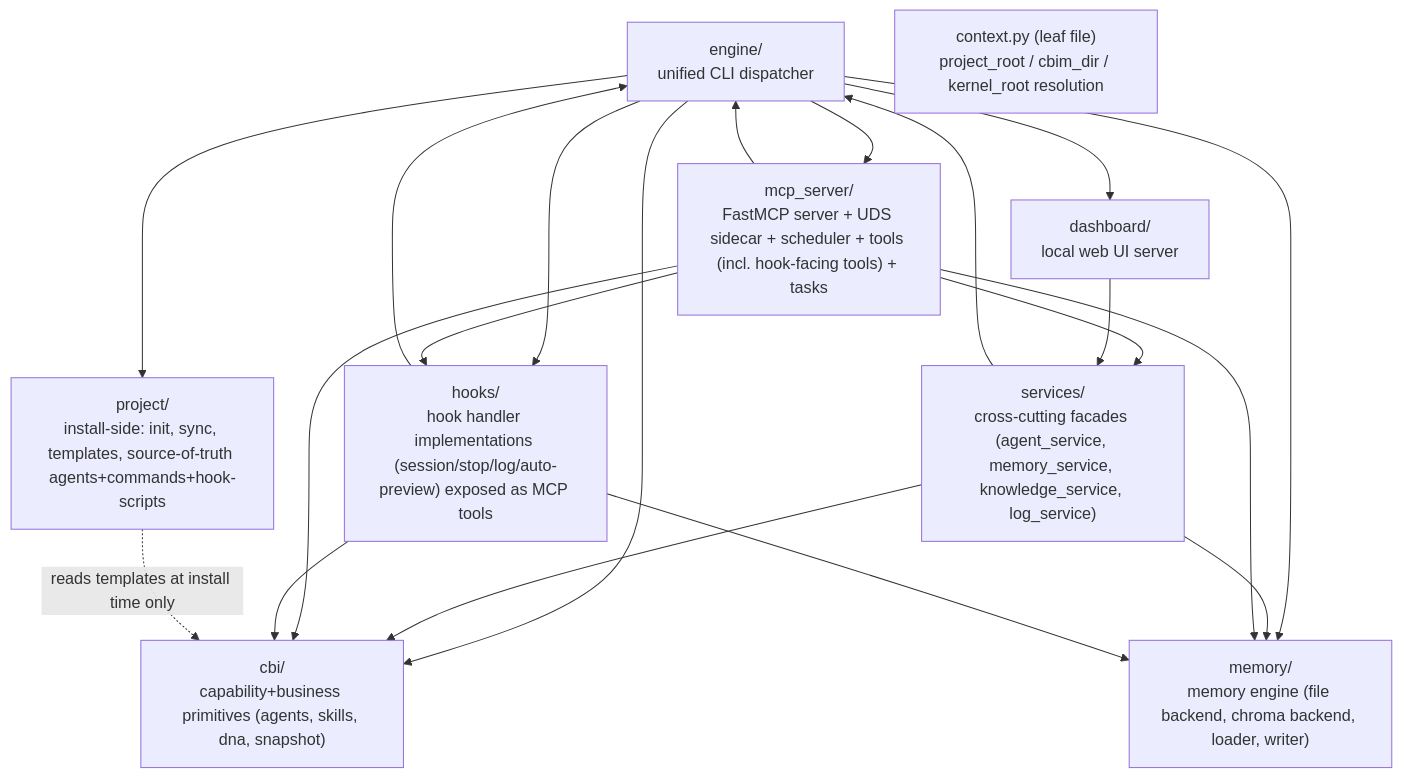
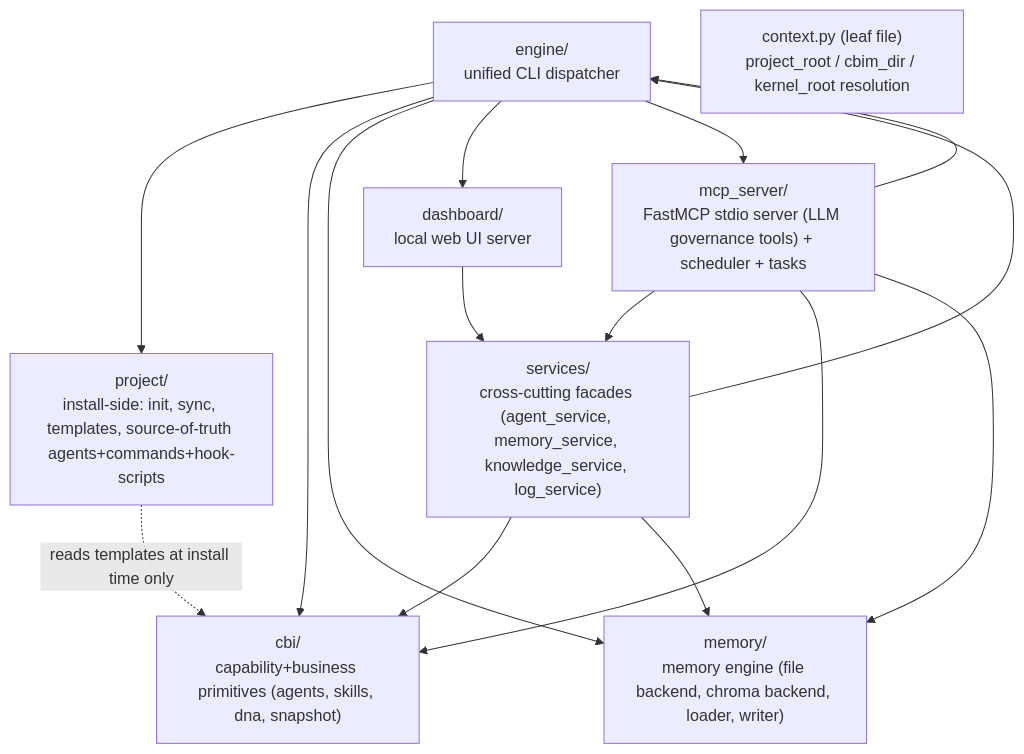
Before and after one commit to nan023062/agent-team-cc: the diagram in v1/src/kernel/.dna/module.md, drawn with Mermaid. The commit also changed other lines of this file and 43 other files, not shown here.

````diff
--- a/v1/src/kernel/.dna/module.md
+++ b/v1/src/kernel/.dna/module.md
@@ -17,32 +17,26 @@
 ```mermaid
 graph TD
     engine["engine/<br/>unified CLI dispatcher"]
     project["project/<br/>install-side: init, sync, templates, source-of-truth agents+commands+hook-scripts"]
     cbi["cbi/<br/>capability+business primitives (agents, skills, dna, snapshot)"]
     memory["memory/<br/>memory engine (file backend, chroma backend, loader, writer)"]
-    hooks["hooks/<br/>hook handler implementations (session/stop/log/auto-preview) exposed as MCP tools"]
     services["services/<br/>cross-cutting facades (agent_service, memory_service, knowledge_service, log_service)"]
     dashboard["dashboard/<br/>local web UI server"]
-    mcp["mcp_server/<br/>FastMCP server + UDS sidecar + scheduler + tools (incl. hook-facing tools) + tasks"]
+    mcp["mcp_server/<br/>FastMCP stdio server (LLM governance tools) + scheduler + tasks"]
     ctx["context.py (leaf file)<br/>project_root / cbim_dir / kernel_root resolution"]
 
     engine --> project
     engine --> cbi
     engine --> memory
-    engine --> hooks
     engine --> dashboard
     engine --> mcp
     services --> cbi
     services --> memory
     services --> engine
     mcp --> services
     mcp --> cbi
     mcp --> memory
-    mcp --> hooks
     mcp --> engine
     dashboard --> services
-    hooks --> memory
-    hooks --> cbi
-    hooks --> engine
     project -.->|reads templates at install time only| cbi
 ```
````
